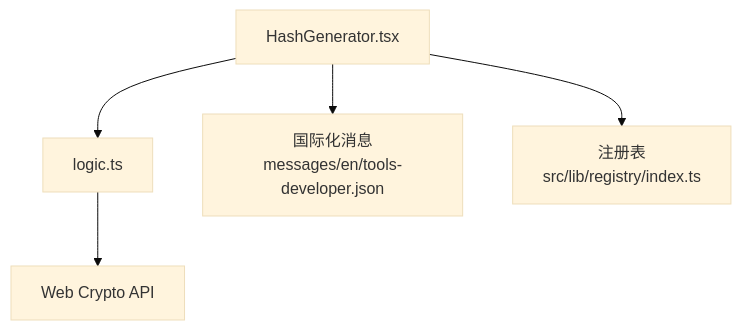
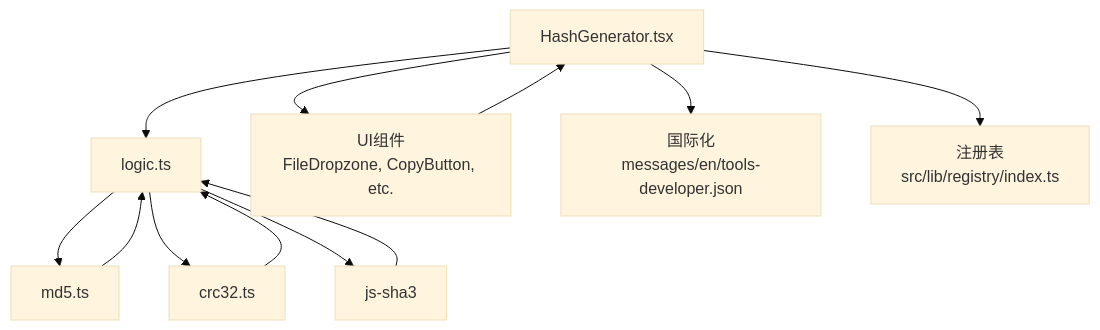
Before and after one commit to sgyy/privadeck: the ninth of 9 diagrams in .qoder/repowiki/zh/content/开发者工具/哈希生成工具.md, drawn with Mermaid (base theme). The commit also changed other lines of this file and 4 other files, not shown here.

````diff
--- a/.qoder/repowiki/zh/content/开发者工具/哈希生成工具.md
+++ b/.qoder/repowiki/zh/content/开发者工具/哈希生成工具.md
@@ -229,7 +452,14 @@
 ```mermaid
 graph TB
 UI["HashGenerator.tsx"] --> LOGIC["logic.ts"]
-LOGIC --> WEB["Web Crypto API"]
-UI --> I18N["国际化消息<br/>messages/en/tools-developer.json"]
+UI --> COMPONENTS["UI组件<br/>FileDropzone, CopyButton, etc."]
+LOGIC --> MD5["md5.ts"]
+LOGIC --> CRC32["crc32.ts"]
+LOGIC --> SHA3["js-sha3"]
+UI --> I18N["国际化<br/>messages/en/tools-developer.json"]
 UI --> REG["注册表<br/>src/lib/registry/index.ts"]
+COMPONENTS --> UI
+MD5 --> LOGIC
+CRC32 --> LOGIC
+SHA3 --> LOGIC
 ```
````
